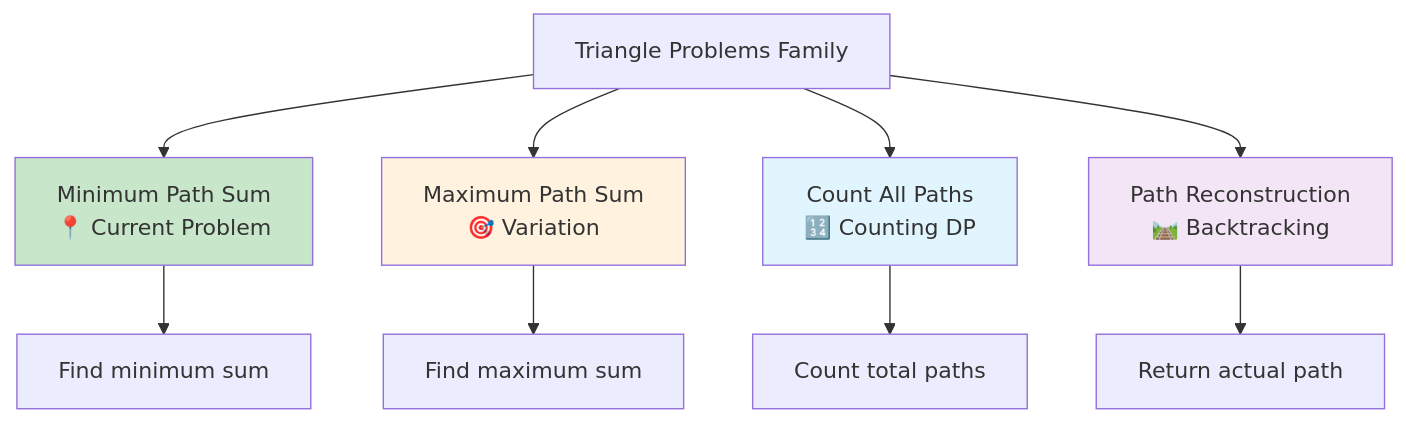
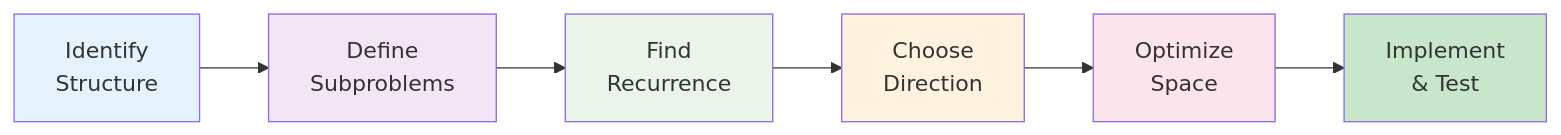
Diagram 16 of 18 in Day_042/README.md (LuckyLongre123/DSA_CPP), drawn with Mermaid before and after one commit. The commit also changed other lines of this file and 22 other files, not shown here.

First line of the commit message:
Refactor LeetCode 120 solution: Simplify code structure, enhance comments, and optimize testing suite

````diff
--- a/Day_042/README.md
+++ b/Day_042/README.md
@@ -510,17 +893,15 @@
 ```mermaid
-graph TD
-    A[Triangle Problems Family] --> B[Minimum Path Sum<br/>📍 Current Problem]
-    A --> C[Maximum Path Sum<br/>🎯 Variation]
-    A --> D[Count All Paths<br/>🔢 Counting DP]
-    A --> E[Path Reconstruction<br/>🛤️ Backtracking]
+flowchart LR
+    A["Identify<br/>Structure"] --> B["Define<br/>Subproblems"]
+    B --> C["Find<br/>Recurrence"]
+    C --> D["Choose<br/>Direction"]
+    D --> E["Optimize<br/>Space"]
+    E --> F["Implement<br/>& Test"]
     
-    B --> B1[Find minimum sum]
-    C --> C1[Find maximum sum]
-    D --> D1[Count total paths]
-    E --> E1[Return actual path]
-    
-    style B fill:#c8e6c9
-    style C fill:#fff3e0
-    style D fill:#e1f5fe
-    style E fill:#f3e5f5
+    style A fill:#e3f2fd
+    style B fill:#f3e5f5
+    style C fill:#e8f5e8
+    style D fill:#fff3e0
+    style E fill:#fce4ec
+    style F fill:#c8e6c9
 ```
````
